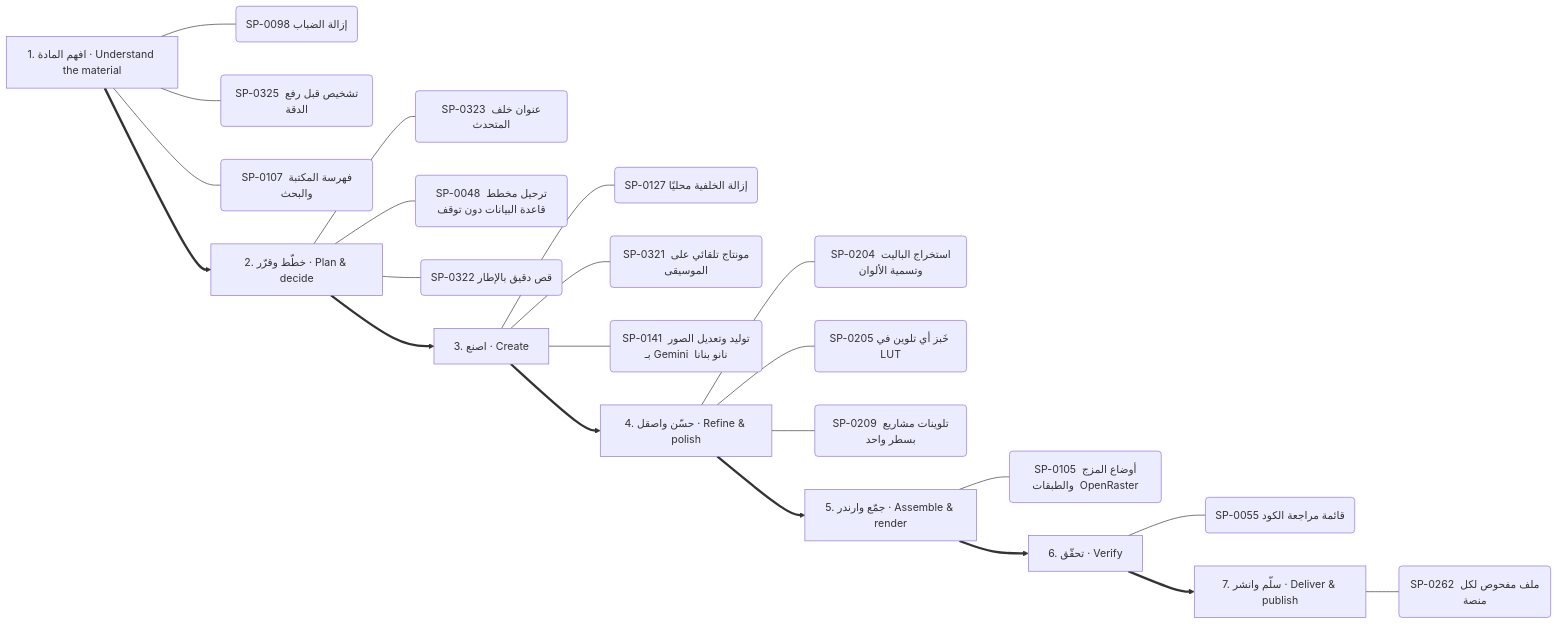
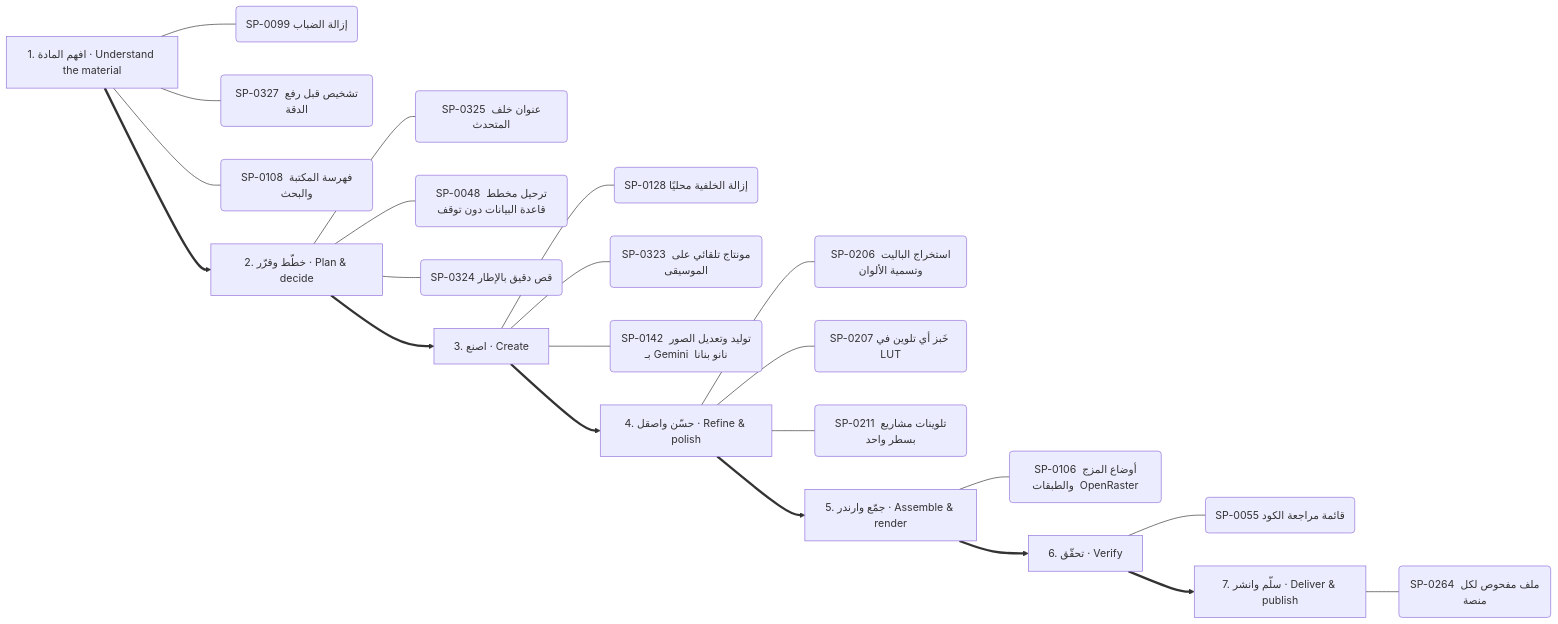
Before and after one commit to kosif199022-jpg/kosif-tool: the seventh of 13 diagrams in .claude/skills/kosif-superpowers/references/capability-mindmap.md, drawn with Mermaid. The commit also changed other lines of this file and 67 other files, not shown here.

````diff
--- a/.claude/skills/kosif-superpowers/references/capability-mindmap.md
+++ b/.claude/skills/kosif-superpowers/references/capability-mindmap.md
@@ -363,31 +365,31 @@
 ```mermaid
 flowchart LR
   S0["1. افهم المادة · Understand the material"]
-  S0 --- S0_0("SP-0098 إزالة الضباب")
-  S0 --- S0_1("SP-0325 تشخيص قبل رفع الدقة")
-  S0 --- S0_2("SP-0107 فهرسة المكتبة والبحث")
+  S0 --- S0_0("SP-0099 إزالة الضباب")
+  S0 --- S0_1("SP-0327 تشخيص قبل رفع الدقة")
+  S0 --- S0_2("SP-0108 فهرسة المكتبة والبحث")
   S1["2. خطّط وقرّر · Plan & decide"]
-  S1 --- S1_0("SP-0323 عنوان خلف المتحدث")
+  S1 --- S1_0("SP-0325 عنوان خلف المتحدث")
   S1 --- S1_1("SP-0048 ترحيل مخطط قاعدة البيانات دون توقف")
-  S1 --- S1_2("SP-0322 قص دقيق بالإطار")
+  S1 --- S1_2("SP-0324 قص دقيق بالإطار")
   S0 ==> S1
   S2["3. اصنع · Create"]
-  S2 --- S2_0("SP-0127 إزالة الخلفية محليًا")
-  S2 --- S2_1("SP-0321 مونتاج تلقائي على الموسيقى")
-  S2 --- S2_2("SP-0141 توليد وتعديل الصور بـ Gemini  نانو بنانا ")
+  S2 --- S2_0("SP-0128 إزالة الخلفية محليًا")
+  S2 --- S2_1("SP-0323 مونتاج تلقائي على الموسيقى")
+  S2 --- S2_2("SP-0142 توليد وتعديل الصور بـ Gemini  نانو بنانا ")
   S1 ==> S2
   S3["4. حسّن واصقل · Refine & polish"]
-  S3 --- S3_0("SP-0204 استخراج الباليت وتسمية الألوان")
-  S3 --- S3_1("SP-0205 خَبز أي تلوين في LUT")
-  S3 --- S3_2("SP-0209 تلوينات مشاريع بسطر واحد")
+  S3 --- S3_0("SP-0206 استخراج الباليت وتسمية الألوان")
+  S3 --- S3_1("SP-0207 خَبز أي تلوين في LUT")
+  S3 --- S3_2("SP-0211 تلوينات مشاريع بسطر واحد")
   S2 ==> S3
   S4["5. جمّع وارندر · Assemble & render"]
-  S4 --- S4_0("SP-0105 أوضاع المزج والطبقات  OpenRaster ")
+  S4 --- S4_0("SP-0106 أوضاع المزج والطبقات  OpenRaster ")
   S3 ==> S4
   S5["6. تحقّق · Verify"]
   S5 --- S5_0("SP-0055 قائمة مراجعة الكود")
   S4 ==> S5
   S6["7. سلّم وانشر · Deliver & publish"]
-  S6 --- S6_0("SP-0262 ملف مفحوص لكل منصة")
+  S6 --- S6_0("SP-0264 ملف مفحوص لكل منصة")
   S5 ==> S6
 ```
````
